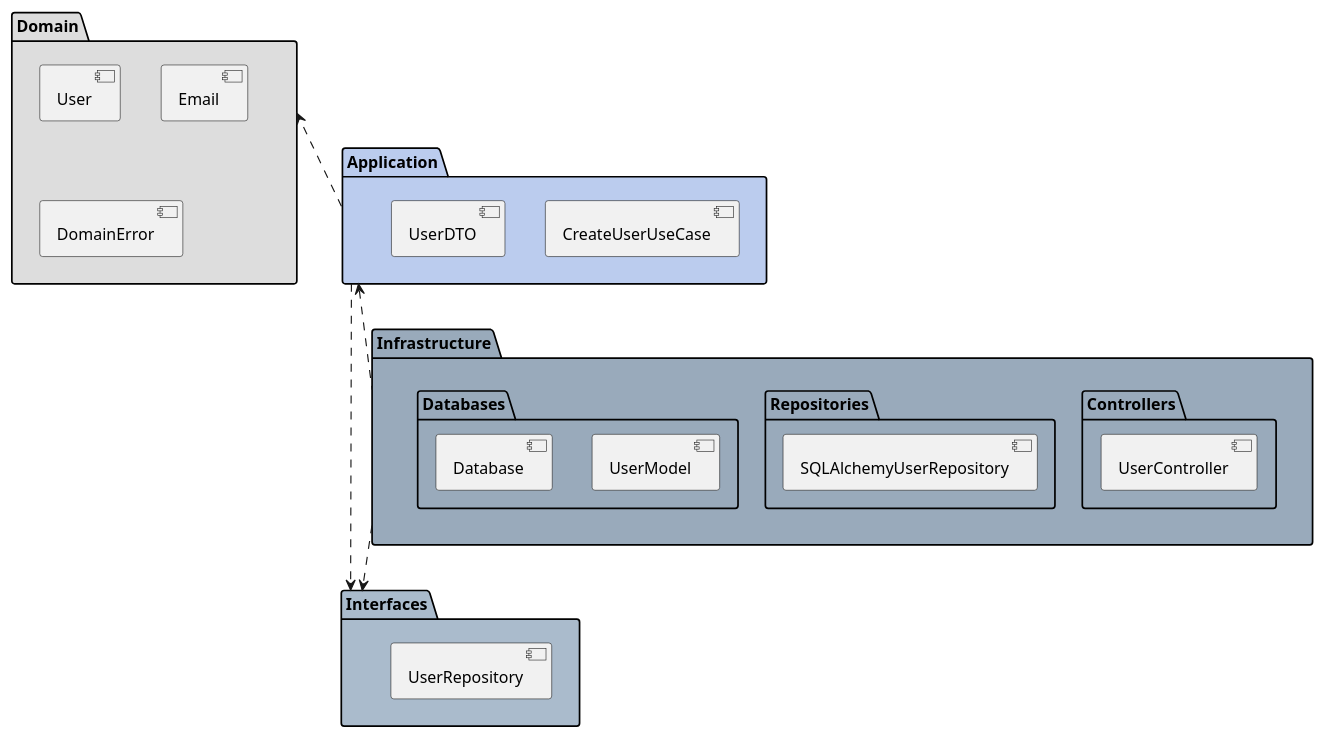
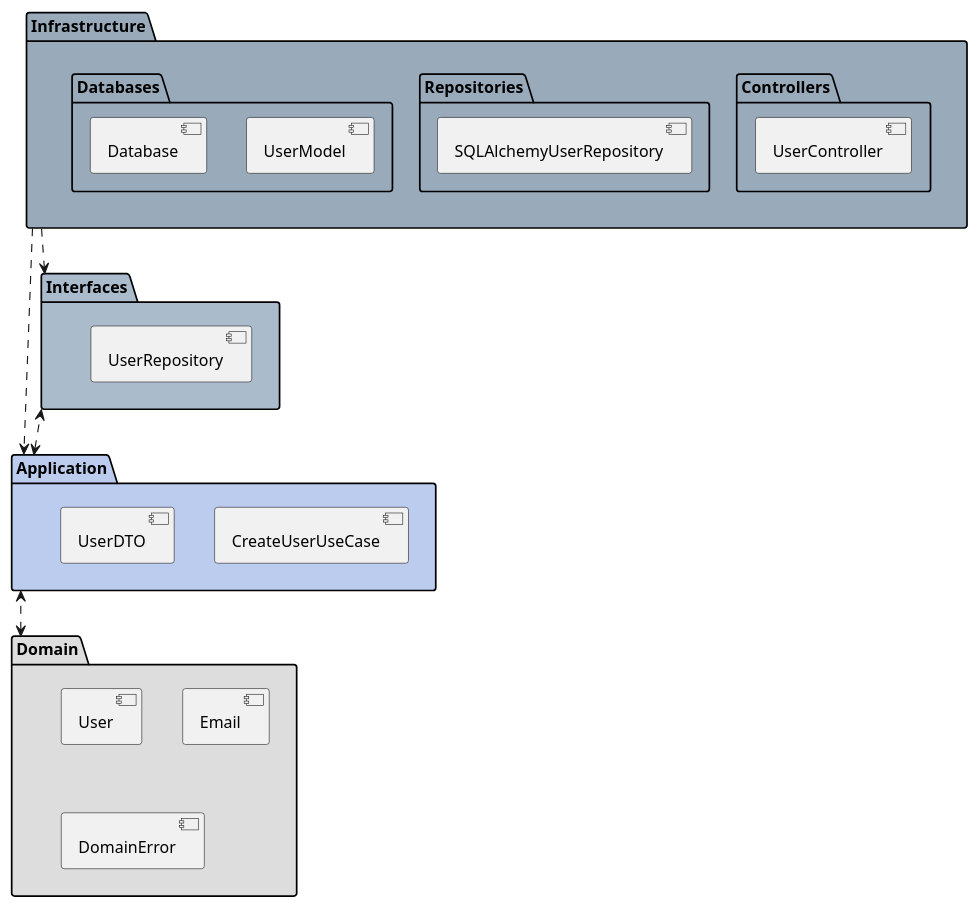
Before and after one commit to jessewei/clean-python-app: the diagram in docs/puml/pkg.puml, drawn with PlantUML. The commit also changed 5 other files, not shown here.

Commit message:
uml update

```diff
--- a/docs/puml/pkg.puml
+++ b/docs/puml/pkg.puml
@@ -1,35 +1,37 @@
-@startuml
+@startuml Package
 
 package "Domain" #DDDDDD {
   [User] 
   [Email] 
   [DomainError] 
 }
 
 package "Application" #BBCCEE {
   [CreateUserUseCase] 
   [UserDTO] 
 }
 
 package "Interfaces" #AABBCC { 
   [UserRepository] 
    }
 
 package "Infrastructure" #99AABB { 
   package "Controllers" { 
     [UserController]  
     } 
   package "Repositories" {
      [SQLAlchemyUserRepository]  
      } 
   package "Databases" { 
     [UserModel] 
     [Database]
     }
 }
 
-Application .up.> Domain
-Application .right.> Interfaces
 Infrastructure .down.> Interfaces
-Infrastructure .up.> Application
+Infrastructure .down.> Application
+
+Application <.up.> Interfaces
+Application <.down.> Domain
+
 @enduml
```
